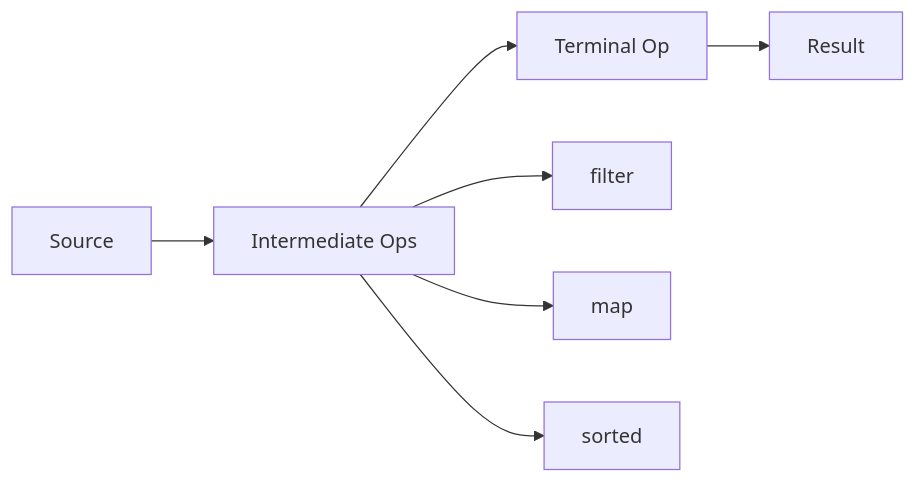
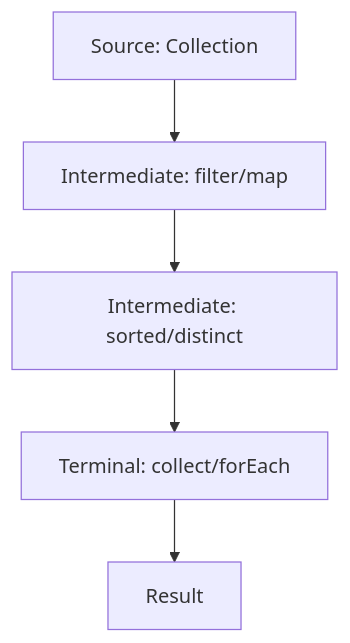
One commit to VrushankPatel/interview-matters changed the diagram in java-stream-api-and-functional-programming/README.md. Above: the diagram before and after it, drawn with Mermaid. The commit also changed other lines of this file and 6 other files, not shown here.

````diff
--- a/java-stream-api-and-functional-programming/README.md
+++ b/java-stream-api-and-functional-programming/README.md
@@ -23,7 +61,7 @@
 ```mermaid
-graph LR
-    A[Source] --> B[Intermediate Ops] --> C[Terminal Op] --> D[Result]
-    B --> B1[filter]
-    B --> B2[map]
-    B --> B3[sorted]
+graph TD
+    A[Source: Collection] --> B[Intermediate: filter/map]
+    B --> C[Intermediate: sorted/distinct]
+    C --> D[Terminal: collect/forEach]
+    D --> E[Result]
 ```
````
